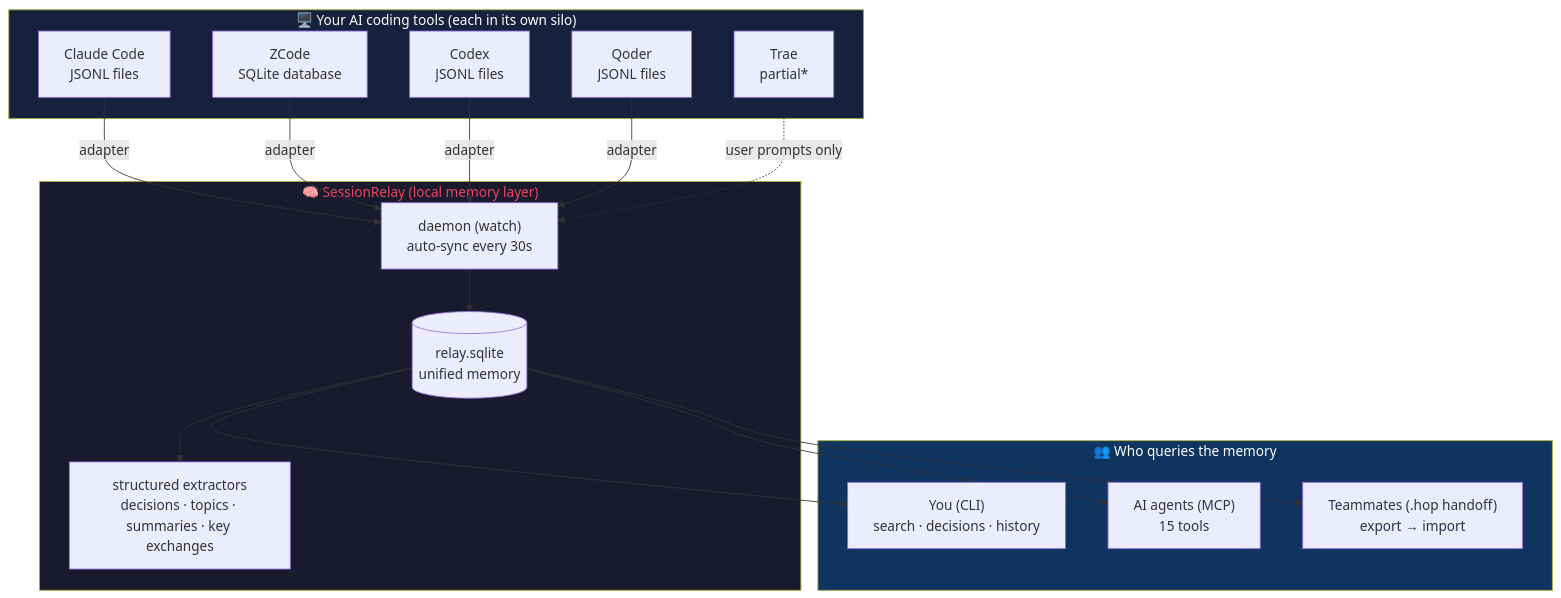
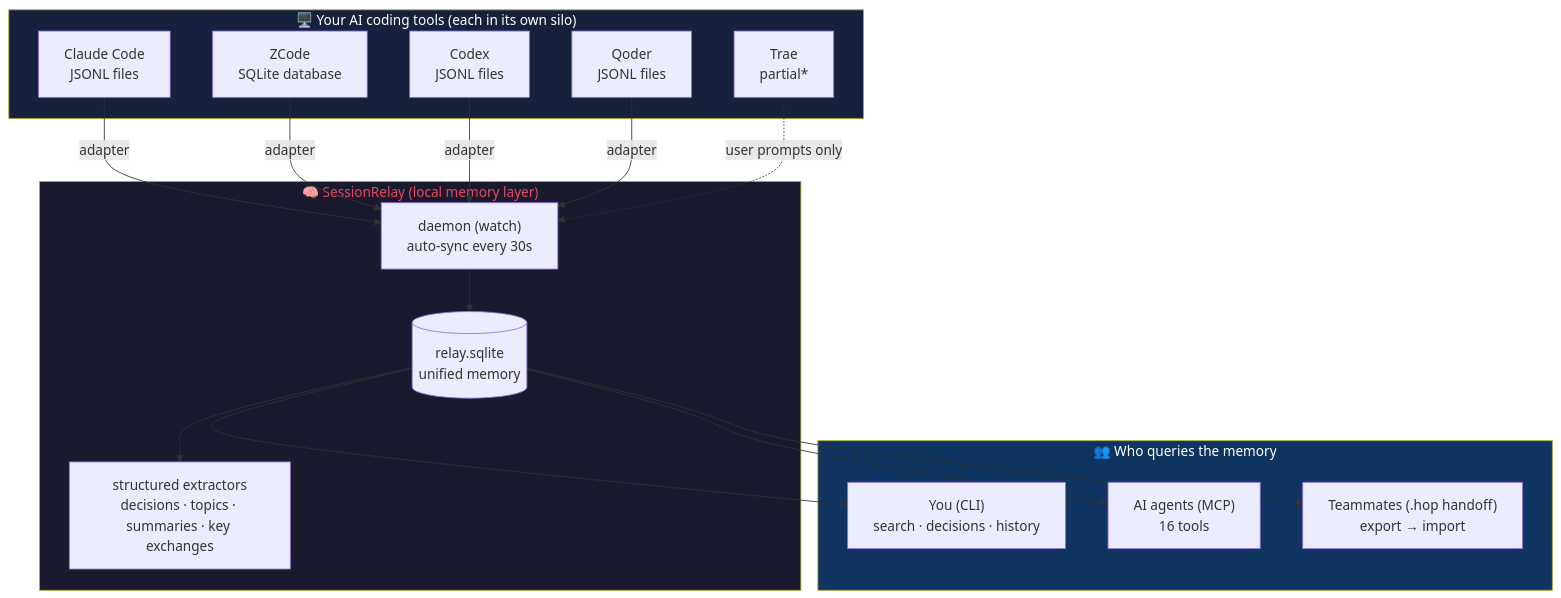
Before and after one commit to EwanJasper/SessionRelay: the first of 3 diagrams in README.en.md, drawn with Mermaid. The commit also changed other lines of this file and 16 other files, not shown here.

````diff
--- a/README.en.md
+++ b/README.en.md
@@ -44,37 +44,37 @@
 ```mermaid
 graph TB
     subgraph Sources["🖥️ Your AI coding tools (each in its own silo)"]
         CC["Claude Code<br/>JSONL files"]
         ZC["ZCode<br/>SQLite database"]
         CX["Codex<br/>JSONL files"]
         QD["Qoder<br/>JSONL files"]
         TR["Trae<br/>partial*"]
     end
 
     subgraph Relay["🧠 SessionRelay (local memory layer)"]
         DAEMON["daemon (watch)<br/>auto-sync every 30s"]
         DB[("relay.sqlite<br/>unified memory")]
         EXTRACT["structured extractors<br/>decisions · topics · summaries · key exchanges"]
     end
 
     subgraph Consumers["👥 Who queries the memory"]
         YOU["You (CLI)<br/>search · decisions · history"]
-        AGENT["AI agents (MCP)<br/>15 tools"]
+        AGENT["AI agents (MCP)<br/>16 tools"]
         TEAM["Teammates (.hop handoff)<br/>export → import"]
     end
 
     CC -->|adapter| DAEMON
     ZC -->|adapter| DAEMON
     CX -->|adapter| DAEMON
     QD -->|adapter| DAEMON
     TR -.->|user prompts only| DAEMON
     DAEMON --> DB
     DB --> EXTRACT
     DB --> YOU
     DB --> AGENT
     DB --> TEAM
 
     style Relay fill:#1a1a2e,color:#e94560
     style Sources fill:#16213e,color:#fff
     style Consumers fill:#0f3460,color:#fff
 ```
````
